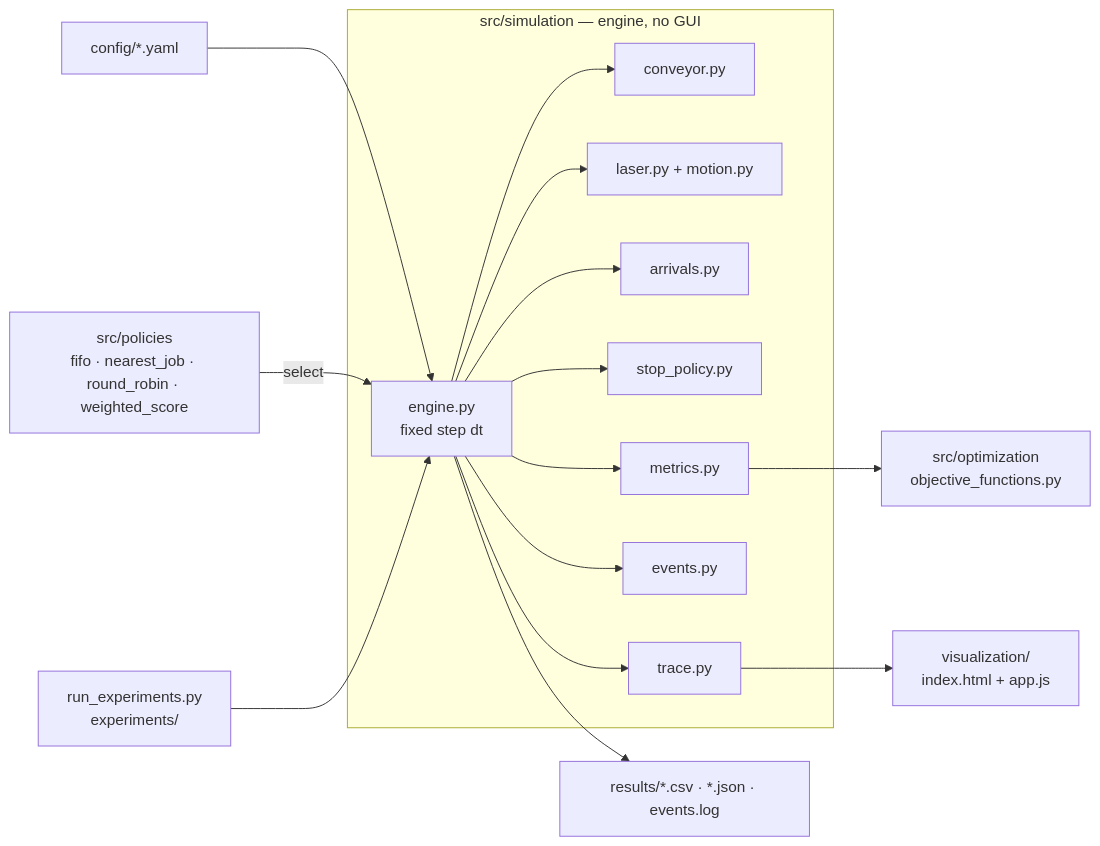
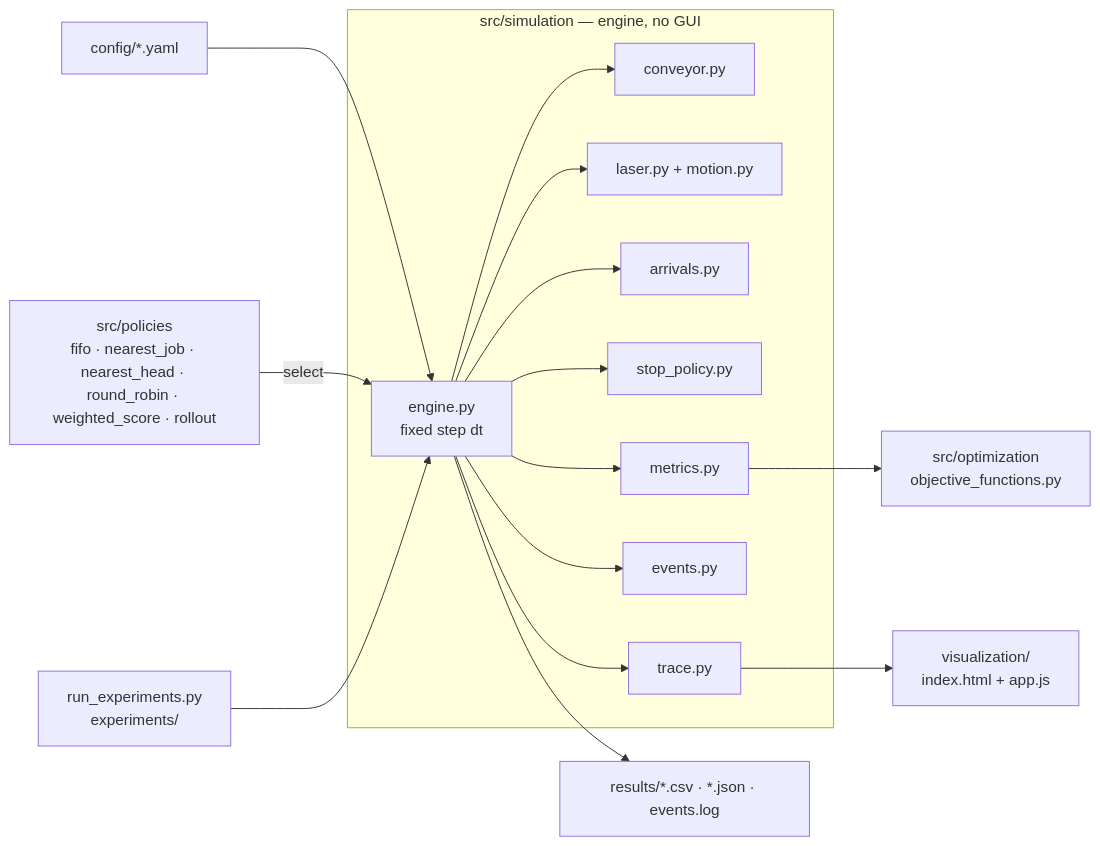
The diagram in README.md (juanlopez-gif/laser-conveyor-optimization), drawn with Mermaid before and after one commit. The commit also changed other lines of this file and 41 other files, not shown here.

First line of the commit message:
v0.4 blocking penalty, nearest_head, pre-positioning; v0.5 RL dispatcher

````diff
--- a/README.md
+++ b/README.md
@@ -238,18 +256,18 @@
 ```mermaid
 flowchart LR
     CFG[config/*.yaml] --> ENG
     subgraph SIM[src/simulation — engine, no GUI]
         ENG[engine.py<br/>fixed step dt] --> CONV[conveyor.py]
         ENG --> LAS[laser.py + motion.py]
         ENG --> ARR[arrivals.py]
         ENG --> STP[stop_policy.py]
         ENG --> MET[metrics.py]
         ENG --> EVT[events.py]
         ENG --> TRC[trace.py]
     end
-    POL[src/policies<br/>fifo · nearest_job · round_robin · weighted_score] -- select --> ENG
+    POL[src/policies<br/>fifo · nearest_job · nearest_head · round_robin · weighted_score · rollout] -- select --> ENG
     MET --> OBJ[src/optimization<br/>objective_functions.py]
     ENG --> OUT[results/*.csv · *.json · events.log]
     TRC --> VIS[visualization/<br/>index.html + app.js]
     EXP[run_experiments.py<br/>experiments/] --> ENG
 ```
````
